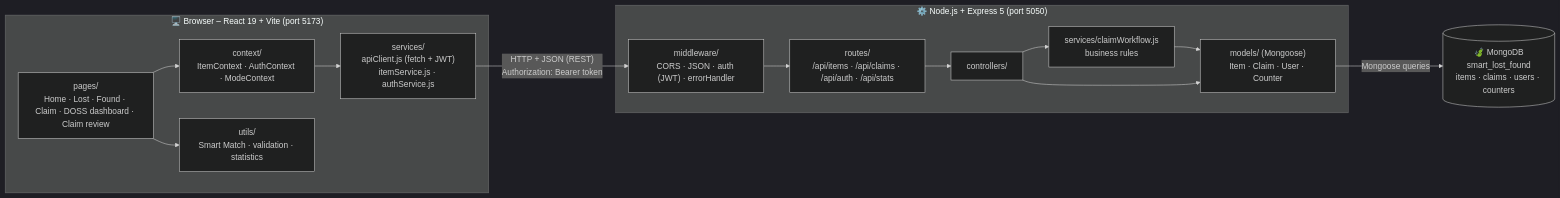
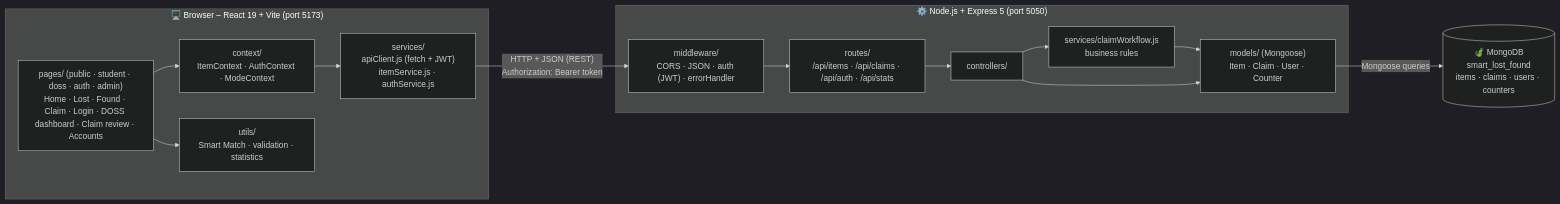
The first of 2 diagrams in docs/ARCHITECTURE.md (madhusudhan1260/smart-lost-and-found), drawn with Mermaid (dark theme) before and after one commit. The commit also changed other lines of this file and 3 other files, not shown here.

Commit message:
Update README, architecture, team roles and project guide for the new folder layout

````diff
--- a/docs/ARCHITECTURE.md
+++ b/docs/ARCHITECTURE.md
@@ -13,26 +13,26 @@
 ```mermaid
 flowchart LR
     subgraph Browser["🖥️ Browser – React 19 + Vite (port 5173)"]
-        Pages["pages/<br/>Home · Lost · Found · Claim · DOSS dashboard · Claim review"]
+        Pages["pages/ (public · student · doss · auth · admin)<br/>Home · Lost · Found · Claim · Login · DOSS dashboard · Claim review · Accounts"]
         Ctx["context/<br/>ItemContext · AuthContext · ModeContext"]
         Svc["services/<br/>apiClient.js (fetch + JWT)<br/>itemService.js · authService.js"]
         Utils["utils/<br/>Smart Match · validation · statistics"]
         Pages --> Ctx --> Svc
         Pages --> Utils
     end
 
     subgraph Server["⚙️ Node.js + Express 5 (port 5050)"]
         MW["middleware/<br/>CORS · JSON · auth (JWT) · errorHandler"]
         Routes["routes/<br/>/api/items · /api/claims · /api/auth · /api/stats"]
         Ctrl["controllers/"]
         WF["services/claimWorkflow.js<br/>business rules"]
         Models["models/ (Mongoose)<br/>Item · Claim · User · Counter"]
         MW --> Routes --> Ctrl --> WF --> Models
         Ctrl --> Models
     end
 
     DB[("🍃 MongoDB<br/>smart_lost_found<br/>items · claims · users · counters")]
 
     Svc -- "HTTP + JSON (REST)<br/>Authorization: Bearer token" --> MW
     Models -- "Mongoose queries" --> DB
 ```
````
